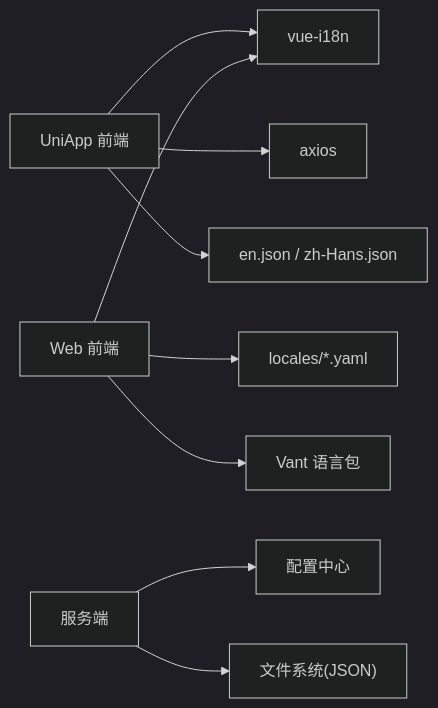
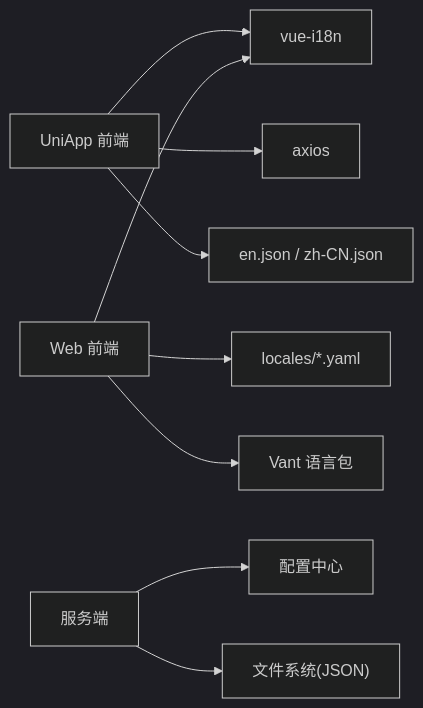
One commit to liov/hoper changed the sixth of 6 diagrams in .qoder/repowiki/zh/content/开发工具/diamond前端库/国际化支持.md. Above: the diagram before and after it, drawn with Mermaid (dark theme). The commit also changed other lines of this file and 49 other files, not shown here.

````diff
--- a/.qoder/repowiki/zh/content/开发工具/diamond前端库/国际化支持.md
+++ b/.qoder/repowiki/zh/content/开发工具/diamond前端库/国际化支持.md
@@ -238,11 +238,11 @@
 ```mermaid
 graph LR
 UA["UniApp 前端"] --> VI18N["vue-i18n"]
 UA --> AX["axios"]
-UA --> JSON["en.json / zh-Hans.json"]
+UA --> JSON["en.json / zh-CN.json"]
 WEB["Web 前端"] --> VI18N
 WEB --> YAML["locales/*.yaml"]
 WEB --> Vant["Vant 语言包"]
 SVC["服务端"] --> Conf["配置中心"]
 SVC --> FS["文件系统(JSON)"]
 ```
````
